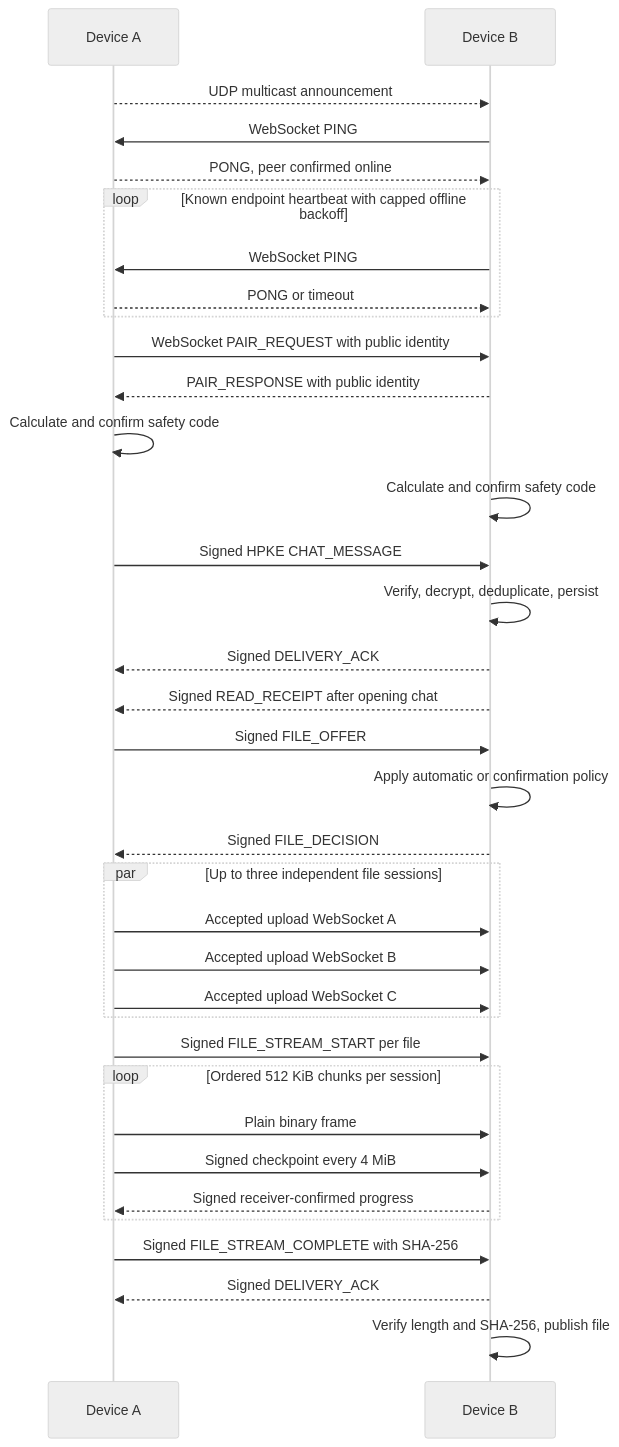
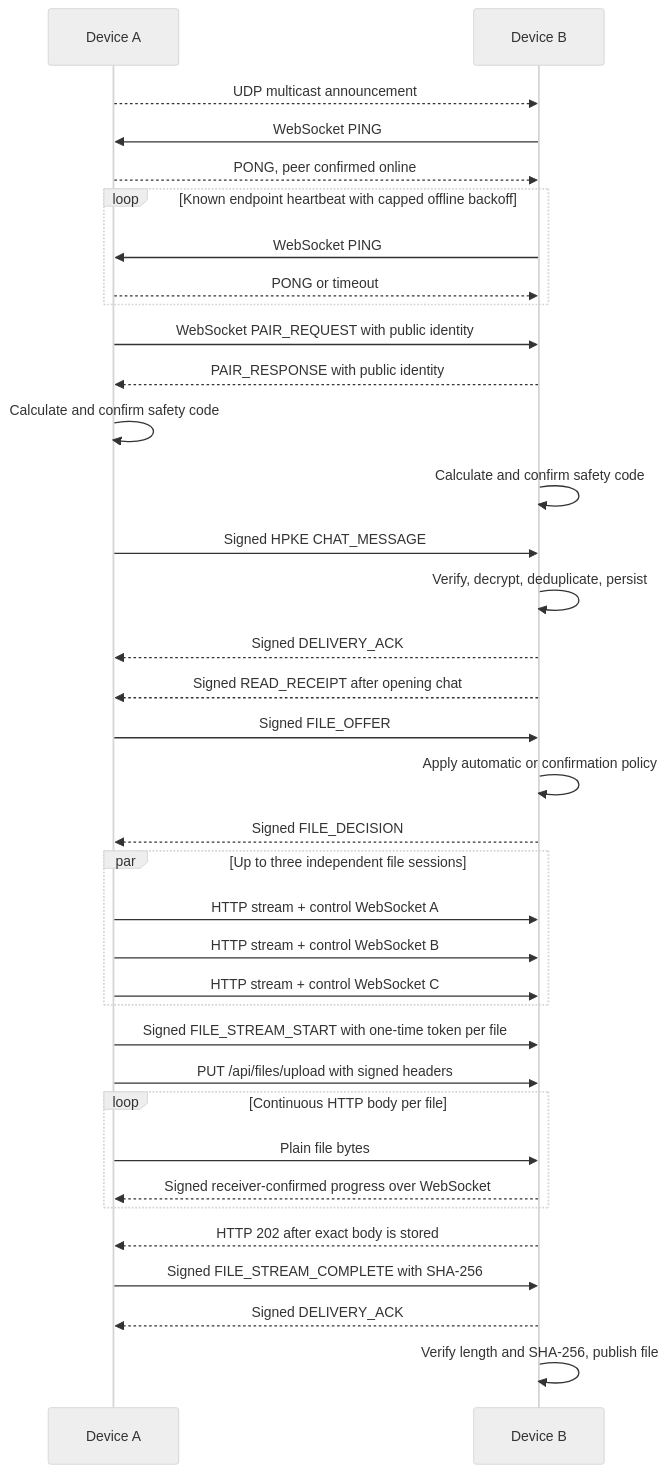
The third of 3 diagrams in docs/ARCHITECTURE.md (x2ink/subnetdrop), drawn with Mermaid (neutral theme) before and after one commit. The commit also changed other lines of this file and 18 other files, not shown here.

````diff
--- a/docs/ARCHITECTURE.md
+++ b/docs/ARCHITECTURE.md
@@ -106,37 +112,38 @@
 ```mermaid
 sequenceDiagram
     participant A as Device A
     participant B as Device B
     A-->>B: UDP multicast announcement
     B->>A: WebSocket PING
     A-->>B: PONG, peer confirmed online
     loop Known endpoint heartbeat with capped offline backoff
         B->>A: WebSocket PING
         A-->>B: PONG or timeout
     end
     A->>B: WebSocket PAIR_REQUEST with public identity
     B-->>A: PAIR_RESPONSE with public identity
     A->>A: Calculate and confirm safety code
     B->>B: Calculate and confirm safety code
     A->>B: Signed HPKE CHAT_MESSAGE
     B->>B: Verify, decrypt, deduplicate, persist
     B-->>A: Signed DELIVERY_ACK
     B-->>A: Signed READ_RECEIPT after opening chat
     A->>B: Signed FILE_OFFER
     B->>B: Apply automatic or confirmation policy
     B-->>A: Signed FILE_DECISION
     par Up to three independent file sessions
-        A->>B: Accepted upload WebSocket A
-        A->>B: Accepted upload WebSocket B
-        A->>B: Accepted upload WebSocket C
+        A->>B: HTTP stream + control WebSocket A
+        A->>B: HTTP stream + control WebSocket B
+        A->>B: HTTP stream + control WebSocket C
     end
-    A->>B: Signed FILE_STREAM_START per file
-    loop Ordered 512 KiB chunks per session
-        A->>B: Plain binary frame
-        A->>B: Signed checkpoint every 4 MiB
-        B-->>A: Signed receiver-confirmed progress
+    A->>B: Signed FILE_STREAM_START with one-time token per file
+    A->>B: PUT /api/files/upload with signed headers
+    loop Continuous HTTP body per file
+        A->>B: Plain file bytes
+        B-->>A: Signed receiver-confirmed progress over WebSocket
     end
+    B-->>A: HTTP 202 after exact body is stored
     A->>B: Signed FILE_STREAM_COMPLETE with SHA-256
     B-->>A: Signed DELIVERY_ACK
     B->>B: Verify length and SHA-256, publish file
 ```
````
